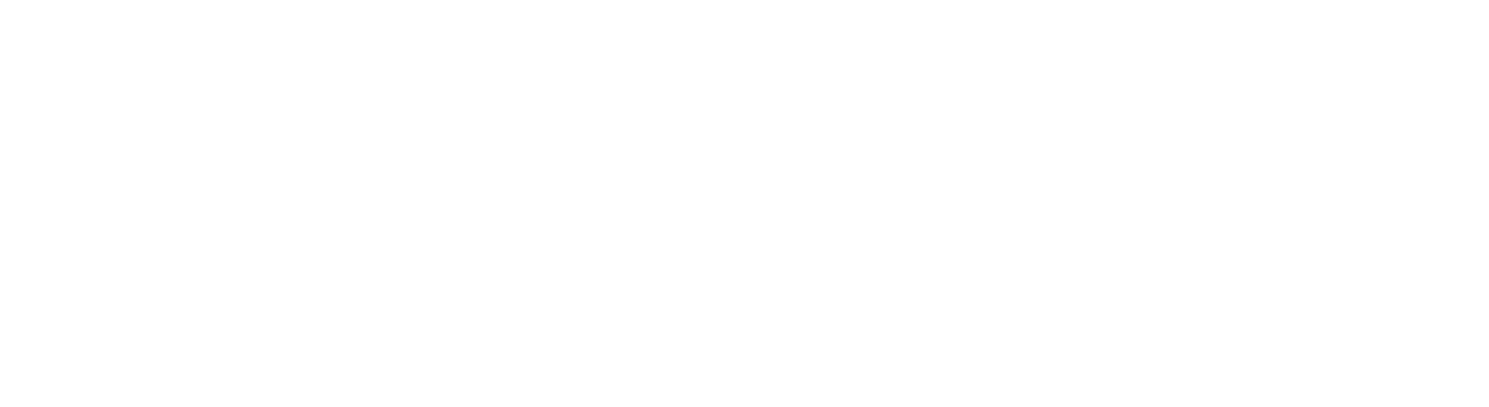
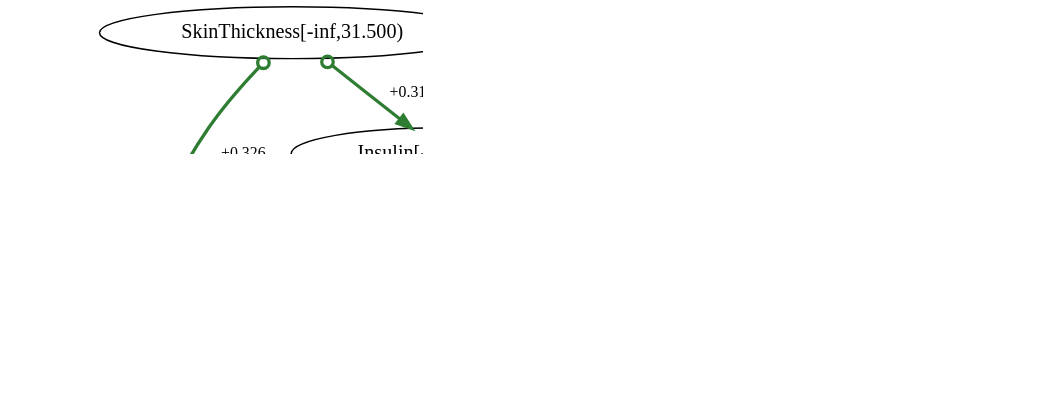
The diagram in causal_argumentation-main/outputs_diabetes/fci_experiment/discovery_fci_droplast_weighted.dot (AKANEMO22/MedTCAX-Causal-Argumentative-Explainability), drawn with Graphviz before and after one commit. The commit also changed 28 other files, not shown here.

```diff
--- a/causal_argumentation-main/outputs_diabetes/fci_experiment/discovery_fci_droplast_weighted.dot
+++ b/causal_argumentation-main/outputs_diabetes/fci_experiment/discovery_fci_droplast_weighted.dot
@@ -1,26 +1,26 @@
 digraph {
 fontsize=18;
 dpi=200;
 0 [label="Pregnancies[-inf,6.500)"];
 1 [label="Glucose[-inf,127.500)"];
 2 [label="BloodPressure[-inf,69.000)"];
 3 [label="SkinThickness[-inf,31.500)"];
 4 [label="Insulin[-inf,121.000)"];
 5 [label="BMI[-inf,27.850)"];
 6 [label="DiabetesPedigreeFunction[-inf,0.528)"];
 7 [label="Age[-inf,28.500)"];
 8 [label=Outcome];
 0 -> 7 [dir=both, arrowtail=odot, arrowhead=odot, label=" +0.496 ", fontsize=11, color="#2e7d32", penwidth=2.982257430768256];
 0 -> 8 [dir=both, arrowtail=none, arrowhead=normal, label=" -0.238 ", fontsize=11, color="#c62828", penwidth=1.9502296895425415];
 1 -> 2 [dir=both, arrowtail=normal, arrowhead=normal, label=" +0.187 ", fontsize=11, color="#2e7d32", penwidth=1.7492131564340478];
 4 -> 1 [dir=both, arrowtail=none, arrowhead=normal, label=" +0.316 ", fontsize=11, color="#2e7d32", penwidth=2.2645299600487085];
 1 -> 8 [dir=both, arrowtail=none, arrowhead=normal, label=" -0.426 ", fontsize=11, color="#c62828", penwidth=2.704437847250545];
 5 -> 2 [dir=both, arrowtail=odot, arrowhead=normal, label=" +0.199 ", fontsize=11, color="#2e7d32", penwidth=1.794884955810693];
-7 -> 2 [dir=both, arrowtail=odot, arrowhead=normal, label=" +0.297 ", fontsize=11, color="#2e7d32", penwidth=2.1862795321557034];
+7 -> 2 [dir=both, arrowtail=none, arrowhead=normal, label=" +0.297 ", fontsize=11, color="#2e7d32", penwidth=2.1862795321557034];
 3 -> 4 [dir=both, arrowtail=odot, arrowhead=normal, label=" +0.310 ", fontsize=11, color="#2e7d32", penwidth=2.241918529103894];
 3 -> 5 [dir=both, arrowtail=odot, arrowhead=odot, label=" +0.326 ", fontsize=11, color="#2e7d32", penwidth=2.305561154851675];
-4 -> 6 [dir=both, arrowtail=normal, arrowhead=normal, label=" +0.162 ", fontsize=11, color="#2e7d32", penwidth=1.6475191296291674];
+6 -> 4 [dir=both, arrowtail=none, arrowhead=normal, label=" +0.162 ", fontsize=11, color="#2e7d32", penwidth=1.6475191296291674];
 5 -> 8 [dir=both, arrowtail=none, arrowhead=normal, label=" -0.304 ", fontsize=11, color="#c62828", penwidth=2.2165180354858696];
 6 -> 8 [dir=both, arrowtail=none, arrowhead=normal, label=" -0.171 ", fontsize=11, color="#c62828", penwidth=1.6846081083416187];
 7 -> 8 [dir=both, arrowtail=none, arrowhead=normal, label=" -0.312 ", fontsize=11, color="#c62828", penwidth=2.248400766622191];
 }
```
